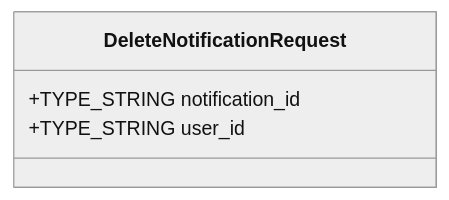
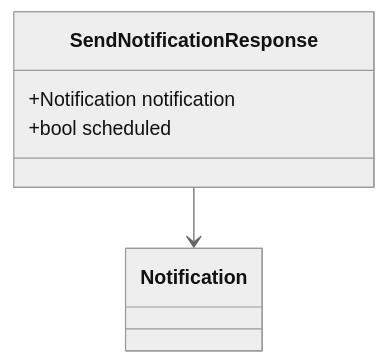
One commit to kyivinua/root changed diagram 36 of 37 in test-monorepo/docs/consolidated/NotificationService.md. Above: the diagram before and after it, drawn with Mermaid (neutral theme). The commit also changed other lines of this file and 5 other files, not shown here.

````diff
--- a/test-monorepo/docs/consolidated/NotificationService.md
+++ b/test-monorepo/docs/consolidated/NotificationService.md
@@ -1086,7 +1903,8 @@
 ```mermaid
 classDiagram
-    class DeleteNotificationRequest {
-        +TYPE_STRING notification_id
-        +TYPE_STRING user_id
+    class SendNotificationResponse {
+        +Notification notification
+        +bool scheduled
     }
+    SendNotificationResponse --> Notification
 ```
````
